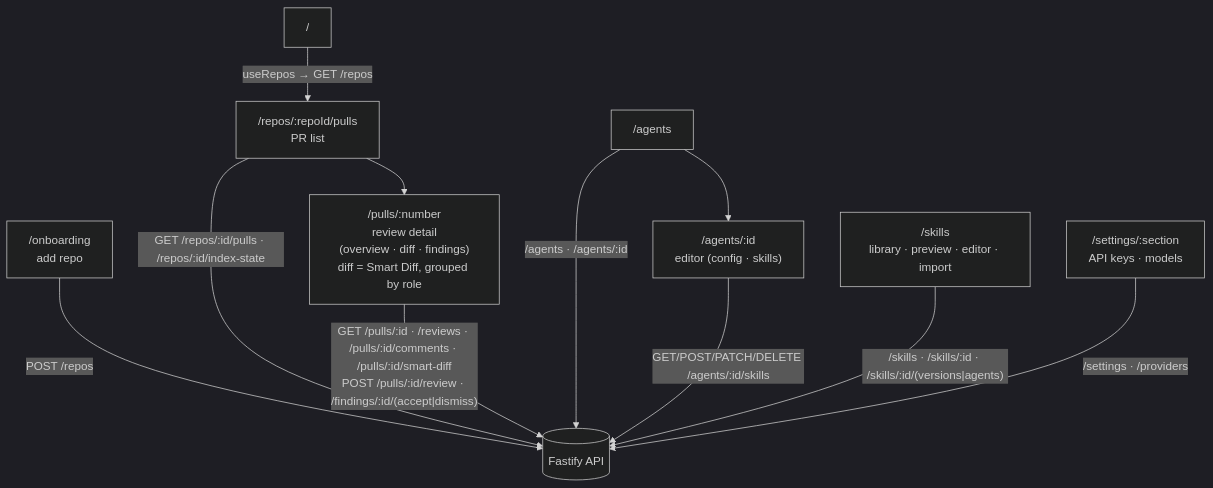
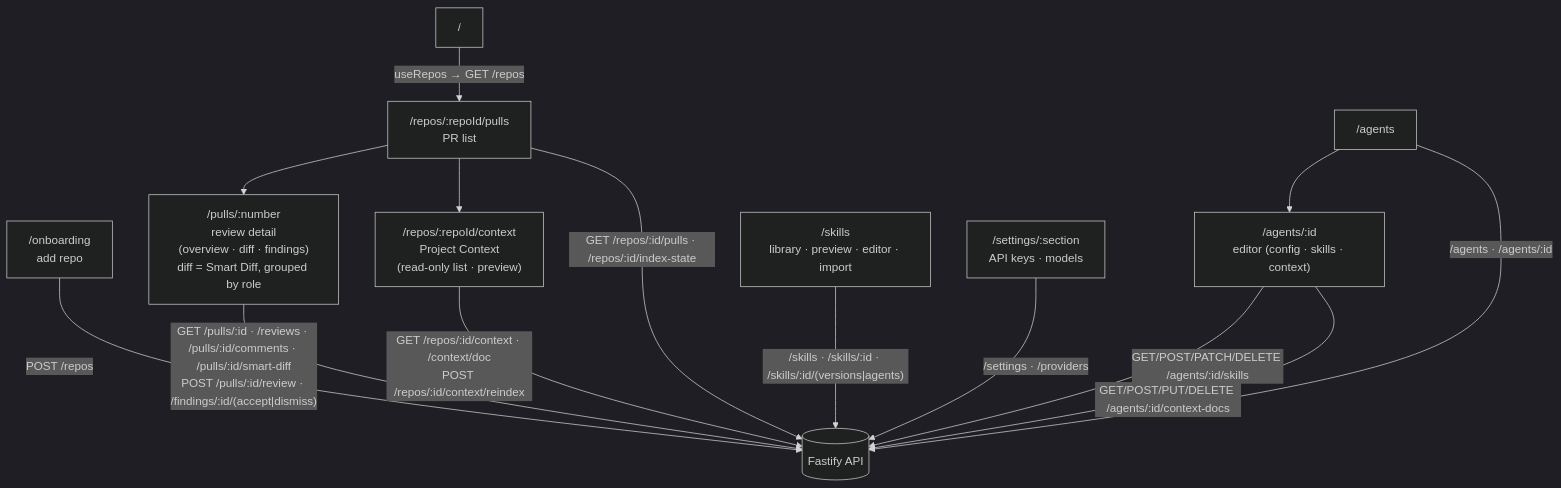
One commit to KyryloMyronov/dev-digest changed the diagram in client/README.md. Above: the diagram before and after it, drawn with Mermaid (dark theme). The commit also changed other lines of this file and 125 other files, not shown here.

````diff
--- a/client/README.md
+++ b/client/README.md
@@ -24,17 +24,20 @@
 ```mermaid
 flowchart TD
   ROOT["/"] -->|"useRepos → GET /repos"| PULLS["/repos/:repoId/pulls<br/>PR list"]
   ONB["/onboarding<br/>add repo"] -->|"POST /repos"| API[("Fastify API")]
   PULLS --> PR["/pulls/:number<br/>review detail<br/>(overview · diff · findings)<br/>diff = Smart Diff, grouped by role"]
 
-  AGENTS["/agents"] --> AGENT["/agents/:id<br/>editor (config · skills)"]
+  PULLS --> CTX["/repos/:repoId/context<br/>Project Context<br/>(read-only list · preview)"]
+  AGENTS["/agents"] --> AGENT["/agents/:id<br/>editor (config · skills · context)"]
   SKILLS["/skills<br/>library · preview · editor · import"]
   SETTINGS["/settings/:section<br/>API keys · models"]
 
   PULLS -->|"GET /repos/:id/pulls · /repos/:id/index-state"| API
   PR -->|"GET /pulls/:id · /reviews · /pulls/:id/comments · /pulls/:id/smart-diff<br/>POST /pulls/:id/review · /findings/:id/(accept|dismiss)"| API
   AGENTS -->|"/agents · /agents/:id"| API
   AGENT -->|"GET/POST/PATCH/DELETE /agents/:id/skills"| API
   SKILLS -->|"/skills · /skills/:id · /skills/:id/(versions|agents)"| API
   SETTINGS -->|"/settings · /providers"| API
+  CTX -->|"GET /repos/:id/context · /context/doc<br/>POST /repos/:id/context/reindex"| API
+  AGENT -->|"GET/POST/PUT/DELETE /agents/:id/context-docs"| API
 ```
````
